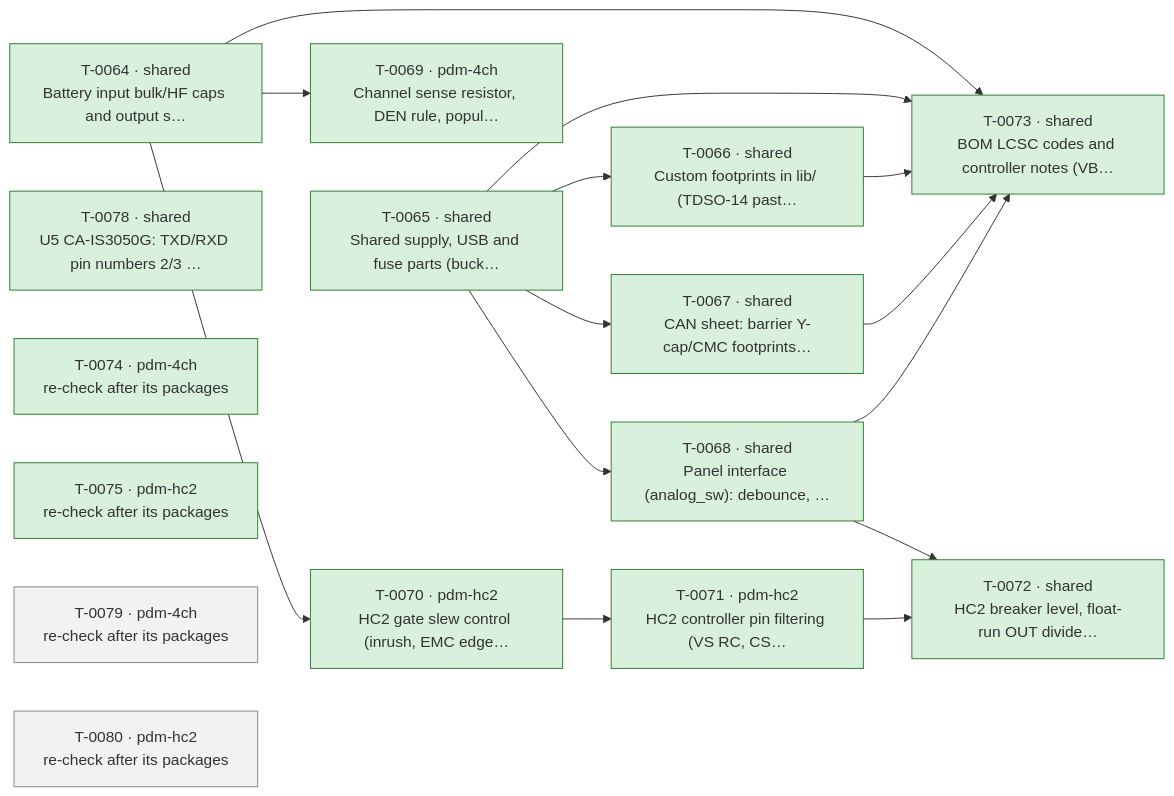
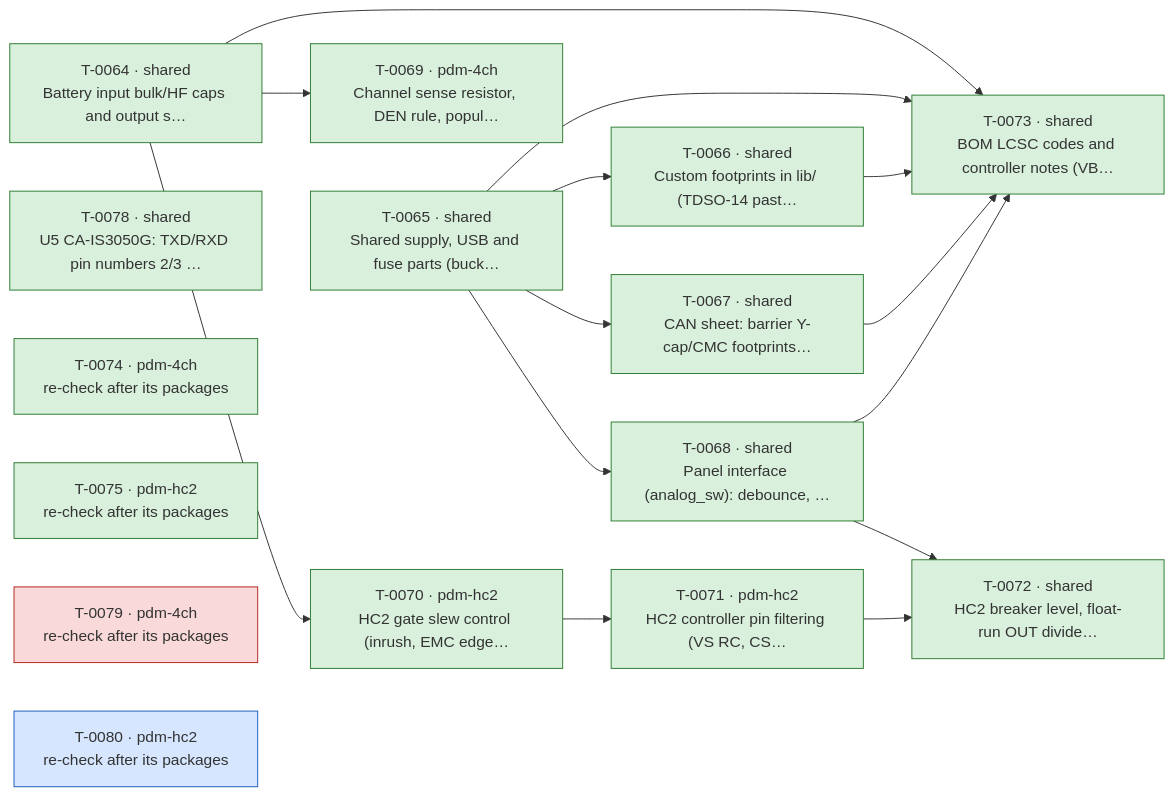
The diagram in docs/ROADMAP.md (plektra/ESP32-PDM), drawn with Mermaid before and after one commit. The commit also changed other lines of this file and 1 other file, not shown here.

Commit message:
Auto: validator pdm-4ch (T-0079): failed
Unattended run by tools/orchestrate.py, model sonnet, 0.08 USD.

````diff
--- a/docs/ROADMAP.md
+++ b/docs/ROADMAP.md
@@ -18,35 +18,35 @@
 ```mermaid
 flowchart LR
   T0064["T-0064 · shared<br/>Battery input bulk/HF caps and output s…"]:::done
   T0065["T-0065 · shared<br/>Shared supply, USB and fuse parts (buck…"]:::done
   T0066["T-0066 · shared<br/>Custom footprints in lib/ (TDSO-14 past…"]:::done
   T0067["T-0067 · shared<br/>CAN sheet: barrier Y-cap/CMC footprints…"]:::done
   T0068["T-0068 · shared<br/>Panel interface (analog_sw): debounce, …"]:::done
   T0069["T-0069 · pdm-4ch<br/>Channel sense resistor, DEN rule, popul…"]:::done
   T0070["T-0070 · pdm-hc2<br/>HC2 gate slew control (inrush, EMC edge…"]:::done
   T0071["T-0071 · pdm-hc2<br/>HC2 controller pin filtering (VS RC, CS…"]:::done
   T0072["T-0072 · shared<br/>HC2 breaker level, float-run OUT divide…"]:::done
   T0073["T-0073 · shared<br/>BOM LCSC codes and controller notes (VB…"]:::done
   T0078["T-0078 · shared<br/>U5 CA-IS3050G: TXD/RXD pin numbers 2/3 …"]:::done
   T0074["T-0074 · pdm-4ch<br/>re-check after its packages"]:::done
   T0075["T-0075 · pdm-hc2<br/>re-check after its packages"]:::done
-  T0079["T-0079 · pdm-4ch<br/>re-check after its packages"]:::ready
-  T0080["T-0080 · pdm-hc2<br/>re-check after its packages"]:::ready
+  T0079["T-0079 · pdm-4ch<br/>re-check after its packages"]:::failed
+  T0080["T-0080 · pdm-hc2<br/>re-check after its packages"]:::running
   T0065 --> T0066
   T0065 --> T0067
   T0065 --> T0068
   T0064 --> T0069
   T0064 --> T0070
   T0070 --> T0071
   T0068 --> T0072
   T0071 --> T0072
   T0064 --> T0073
   T0065 --> T0073
   T0066 --> T0073
   T0067 --> T0073
   T0068 --> T0073
   classDef done fill:#d8f0dc,stroke:#2e7d32
   classDef running fill:#d6e6ff,stroke:#1f5fbf
   classDef ready fill:#f2f2f2,stroke:#888
   classDef failed fill:#f9d9d9,stroke:#b3261e
 ```
````
